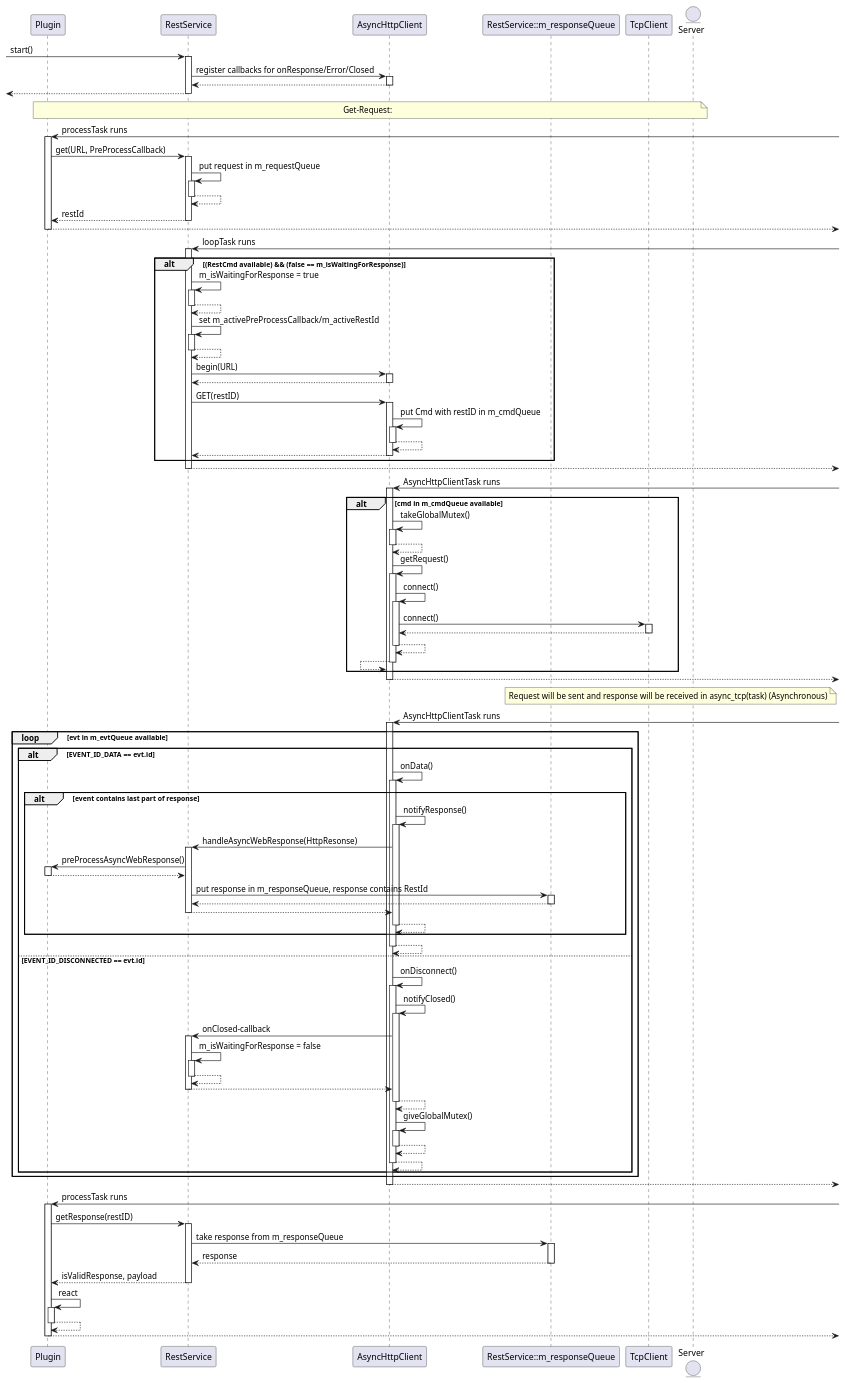
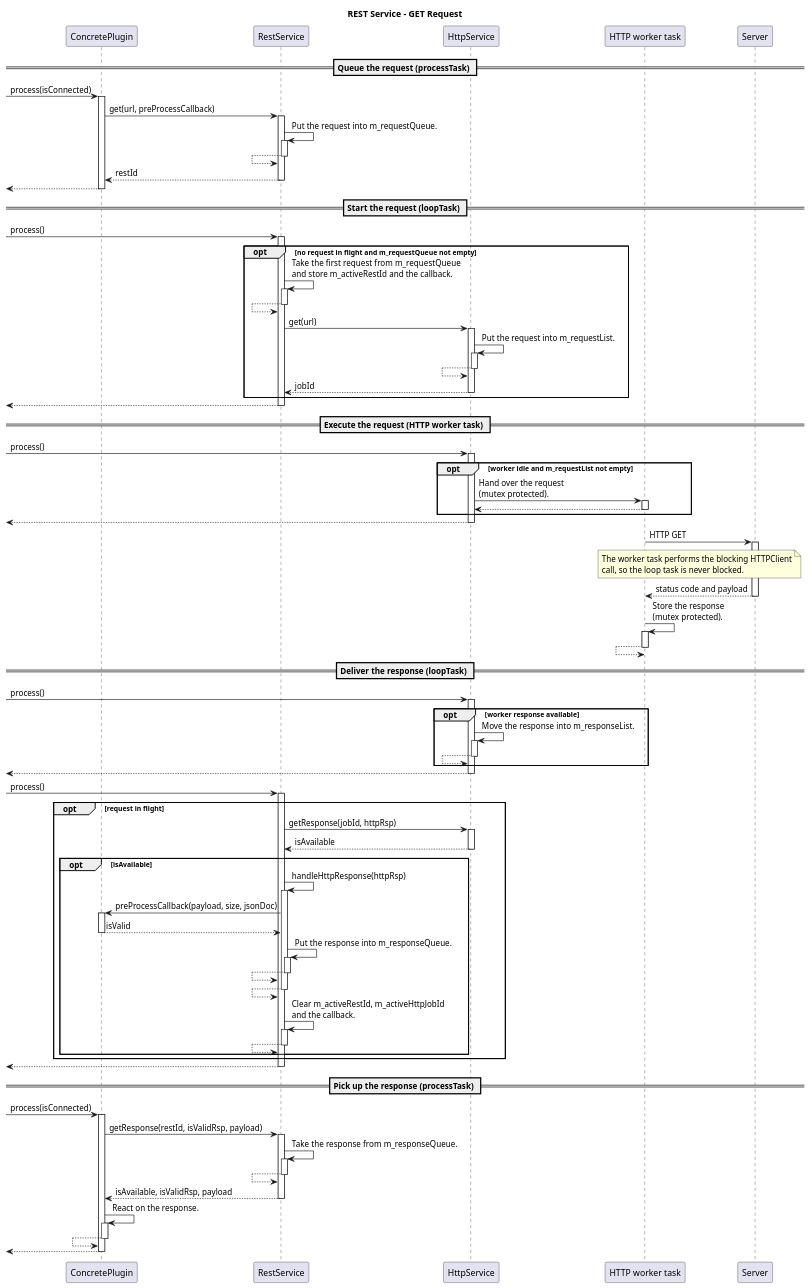
One commit to BlueAndi/Pixelix changed the diagram in doc/architecture/uml/rest_service_get_request.wsd. Above: the diagram before and after it, drawn with PlantUML. The commit also changed 66 other files, not shown here.

Commit message:
SW architecture updated

```diff
--- a/doc/architecture/uml/rest_service_get_request.wsd
+++ b/doc/architecture/uml/rest_service_get_request.wsd
@@ -1,105 +1,113 @@
-@startuml Get-Request
-participant Plugin
-participant RestService
-participant AsyncHttpClient 
-participant "RestService::m_responseQueue" as responseQ
-participant TcpClient
-entity Server
+@startuml rest_service_get_request
+
+title REST Service - GET Request
+
+' UML 2.5.1: a combined fragment with a single operand and a guard is
+' "opt", not an "alt" without an else operand.
+
+participant "ConcretePlugin" as plugin
+participant "RestService" as restService
+participant "HttpService" as httpService
+participant "HTTP worker task" as worker
+participant "Server" as server
 
 autoactivate on
 
--> RestService: start()
-    RestService -> AsyncHttpClient: register callbacks for onResponse/Error/Closed
-    RestService <-- AsyncHttpClient
-<-- RestService
+== Queue the request (processTask) ==
 
-note over Plugin,Server
-    Get-Request:
-end note
+-> plugin: process(isConnected)
+    plugin -> restService: get(url, preProcessCallback)
+        restService -> restService: Put the request into m_requestQueue.
+        restService <-- restService
+    plugin <-- restService: restId
+<-- plugin
 
-Plugin <- : processTask runs
-    Plugin -> RestService: get(URL, PreProcessCallback)
-        RestService -> RestService: put request in m_requestQueue
-        return
-    Plugin <-- RestService: restId
-Plugin -->
+== Start the request (loopTask) ==
 
-RestService <- : loopTask runs
-    alt (RestCmd available) && (false == m_isWaitingForResponse)
-        RestService -> RestService: m_isWaitingForResponse = true
-        return
+-> restService: process()
 
-        RestService -> RestService: set m_activePreProcessCallback/m_activeRestId
-        return 
+    opt no request in flight and m_requestQueue not empty
 
-        RestService -> AsyncHttpClient: begin(URL)
-        RestService <-- AsyncHttpClient 
+        restService -> restService: Take the first request from m_requestQueue\nand store m_activeRestId and the callback.
+        restService <-- restService
 
-        RestService -> AsyncHttpClient: GET(restID)
-            AsyncHttpClient -> AsyncHttpClient: put Cmd with restID in m_cmdQueue
-            return
-        RestService <-- AsyncHttpClient
-    end
-RestService -->
+        restService -> httpService: get(url)
+            httpService -> httpService: Put the request into m_requestList.
+            httpService <-- httpService
+        restService <-- httpService: jobId
 
-AsyncHttpClient <- : AsyncHttpClientTask runs
-    alt cmd in m_cmdQueue available
-        AsyncHttpClient -> AsyncHttpClient: takeGlobalMutex()
-        return
+    end opt
 
-        AsyncHttpClient -> AsyncHttpClient: getRequest()
-            AsyncHttpClient -> AsyncHttpClient: connect()
-                AsyncHttpClient -> TcpClient: connect()
-                return
-            return
-        AsyncHttpClient <-- AsyncHttpClient
-    end   
-AsyncHttpClient -->
+<-- restService
 
-note over TcpClient, Server
-    Request will be sent and response will be received in async_tcp(task) (Asynchronous)
-end note
+== Execute the request (HTTP worker task) ==
 
-AsyncHttpClient <- : AsyncHttpClientTask runs
-    loop evt in m_evtQueue available
-        alt EVENT_ID_DATA == evt.id
-        AsyncHttpClient -> AsyncHttpClient: onData()
-        alt event contains last part of response
-                AsyncHttpClient -> AsyncHttpClient: notifyResponse()
-                    AsyncHttpClient -> RestService: handleAsyncWebResponse(HttpResonse)
-                        RestService -> Plugin: preProcessAsyncWebResponse()
-                        RestService <-- Plugin
+-> httpService: process()
+    opt worker idle and m_requestList not empty
+        httpService -> worker: Hand over the request\n(mutex protected).
+        httpService <-- worker
+    end opt
+<-- httpService
 
-                        RestService -> responseQ: put response in m_responseQueue, response contains RestId
-                        RestService <-- responseQ
-                    AsyncHttpClient <-- RestService
-                return
-        end
-        return
-        else EVENT_ID_DISCONNECTED == evt.id
-            AsyncHttpClient -> AsyncHttpClient: onDisconnect()
-                AsyncHttpClient -> AsyncHttpClient: notifyClosed()
-                    AsyncHttpClient -> RestService: onClosed-callback
-                        RestService -> RestService: m_isWaitingForResponse = false
-                        return
-                    AsyncHttpClient <-- RestService
-                return
+worker -> server: HTTP GET
 
-                AsyncHttpClient -> AsyncHttpClient: giveGlobalMutex()
-                return
-            return
-        end
-    end
-AsyncHttpClient -->
+    note over worker, server
+        The worker task performs the blocking HTTPClient
+        call, so the loop task is never blocked.
+    end note
 
-Plugin <- : processTask runs
-    Plugin -> RestService: getResponse(restID)
-        RestService -> responseQ: take response from m_responseQueue
-        RestService <-- responseQ: response
-    Plugin <-- RestService: isValidResponse, payload
+worker <-- server: status code and payload
 
-    Plugin -> Plugin: react
-    return
-Plugin -->
+worker -> worker: Store the response\n(mutex protected).
+worker <-- worker
+
+== Deliver the response (loopTask) ==
+
+-> httpService: process()
+    opt worker response available
+        httpService -> httpService: Move the response into m_responseList.
+        httpService <-- httpService
+    end opt
+<-- httpService
+
+-> restService: process()
+
+    opt request in flight
+
+        restService -> httpService: getResponse(jobId, httpRsp)
+        restService <-- httpService: isAvailable
+
+        opt isAvailable
+
+            restService -> restService: handleHttpResponse(httpRsp)
+
+                restService -> plugin: preProcessCallback(payload, size, jsonDoc)
+                restService <-- plugin: isValid
+
+                restService -> restService: Put the response into m_responseQueue.
+                restService <-- restService
+
+            restService <-- restService
+
+            restService -> restService: Clear m_activeRestId, m_activeHttpJobId\nand the callback.
+            restService <-- restService
+
+        end opt
+
+    end opt
+
+<-- restService
+
+== Pick up the response (processTask) ==
+
+-> plugin: process(isConnected)
+    plugin -> restService: getResponse(restId, isValidRsp, payload)
+        restService -> restService: Take the response from m_responseQueue.
+        restService <-- restService
+    plugin <-- restService: isAvailable, isValidRsp, payload
+
+    plugin -> plugin: React on the response.
+    plugin <-- plugin
+<-- plugin
 
 @enduml
```
